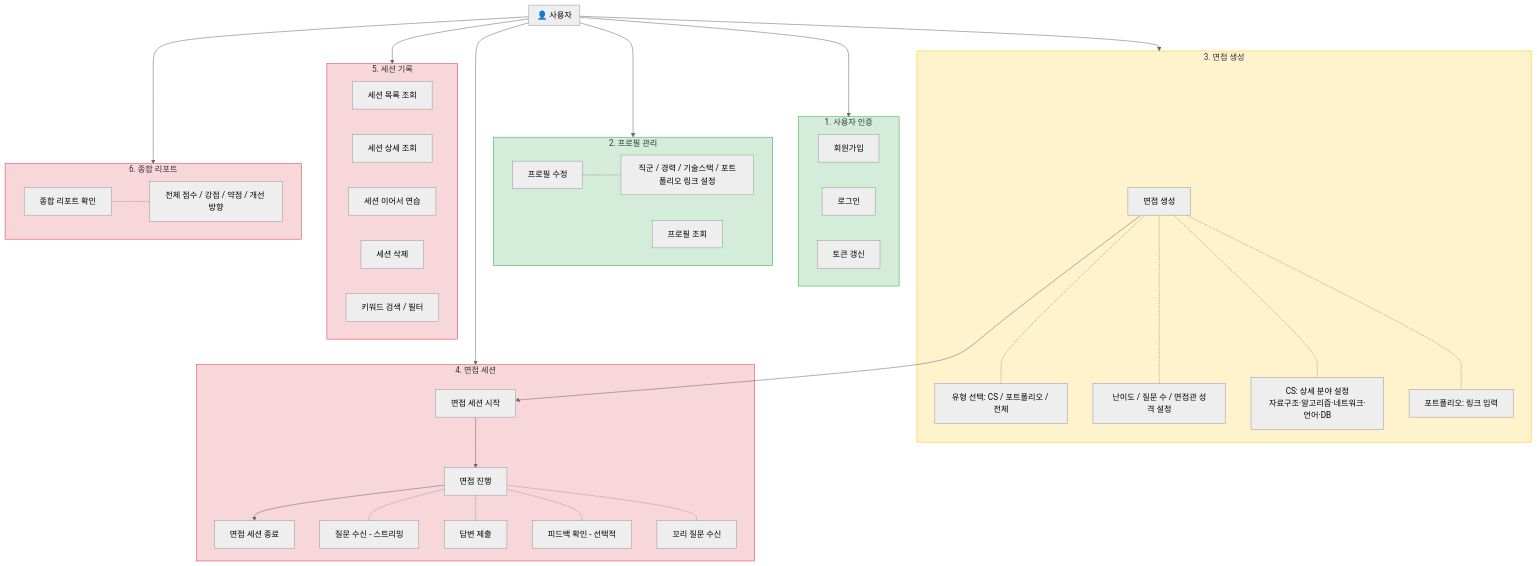
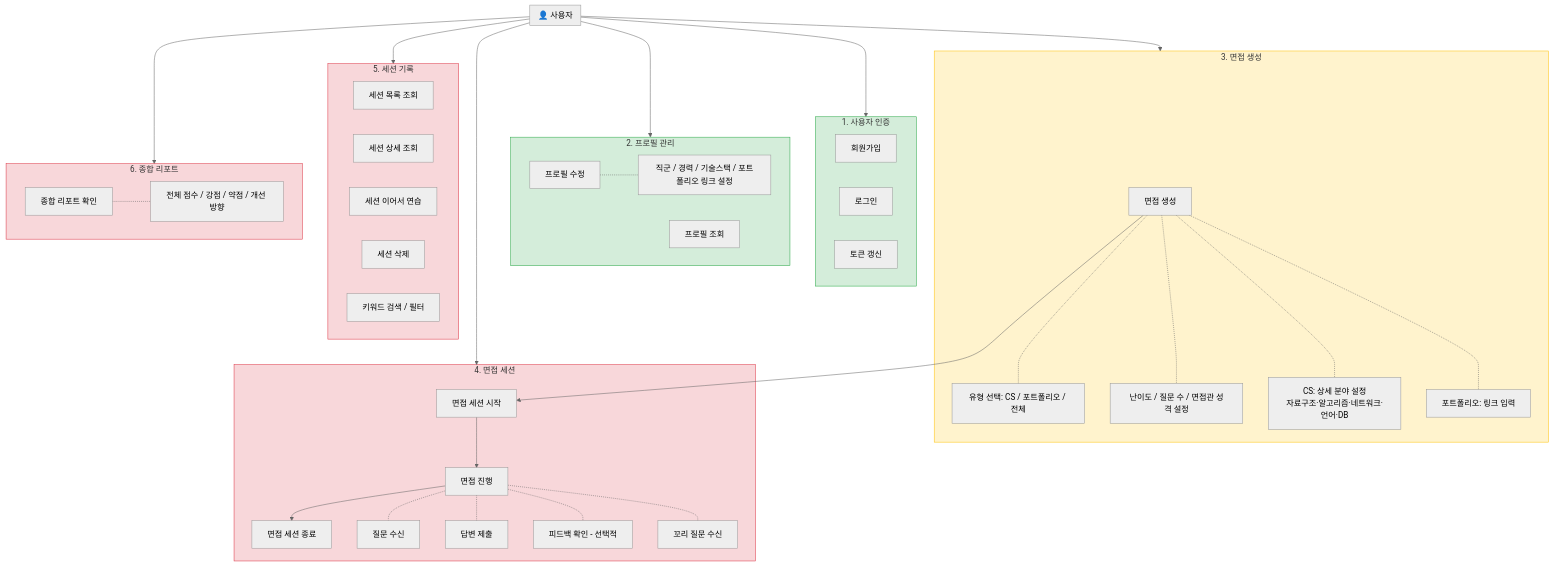
One commit to wlsh44/IntervAI changed the diagram in USE_CASE.md. Above: the diagram before and after it, drawn with Mermaid (neutral theme). The commit also changed 27 other files, not shown here.

````diff
--- a/USE_CASE.md
+++ b/USE_CASE.md
@@ -3,66 +3,66 @@
 ```mermaid
 graph TB
     subgraph 사용자["👤 사용자"]
         direction TB
     end
 
     subgraph 인증["1. 사용자 인증"]
         UC1[회원가입]
         UC2[로그인]
         UC3[토큰 갱신]
     end
 
     subgraph 프로필["2. 프로필 관리"]
         UC4[프로필 수정]
         UC5[프로필 조회]
         UC4 -.- UC4a["직군 / 경력 / 기술스택 / 포트폴리오 링크 설정"]
     end
 
     subgraph 면접설정["3. 면접 생성"]
         UC6[면접 생성]
         UC6 -.- UC6a["유형 선택: CS / 포트폴리오 / 전체"]
         UC6 -.- UC6b["난이도 / 질문 수 / 면접관 성격 설정"]
         UC6 -.- UC6c["CS: 상세 분야 설정\n자료구조·알고리즘·네트워크·언어·DB"]
         UC6 -.- UC6d["포트폴리오: 링크 입력"]
     end
 
     subgraph 세션["4. 면접 세션"]
         UC7[면접 세션 시작]
         UC8[면접 진행]
         UC9[면접 세션 종료]
         UC7 --> UC8 --> UC9
-        UC8 -.- UC8a["질문 수신 - 스트리밍"]
+        UC8 -.- UC8a["질문 수신"]
         UC8 -.- UC8b["답변 제출"]
         UC8 -.- UC8c["피드백 확인 - 선택적"]
         UC8 -.- UC8d["꼬리 질문 수신"]
     end
 
     subgraph 기록["5. 세션 기록"]
         UC10[세션 목록 조회]
         UC11[세션 상세 조회]
         UC12[세션 이어서 연습]
         UC13[세션 삭제]
         UC14[키워드 검색 / 필터]
     end
 
     subgraph 리포트["6. 종합 리포트"]
         UC15[종합 리포트 확인]
         UC15 -.- UC15a["전체 점수 / 강점 / 약점 / 개선 방향"]
     end
 
     사용자 --> 인증
     사용자 --> 프로필
     사용자 --> 면접설정
     사용자 --> 세션
     사용자 --> 기록
     사용자 --> 리포트
 
     UC6 --> UC7
 
     style 인증 fill:#d4edda,stroke:#28a745
     style 프로필 fill:#d4edda,stroke:#28a745
     style 면접설정 fill:#fff3cd,stroke:#ffc107
     style 세션 fill:#f8d7da,stroke:#dc3545
     style 기록 fill:#f8d7da,stroke:#dc3545
     style 리포트 fill:#f8d7da,stroke:#dc3545
 ```
````
